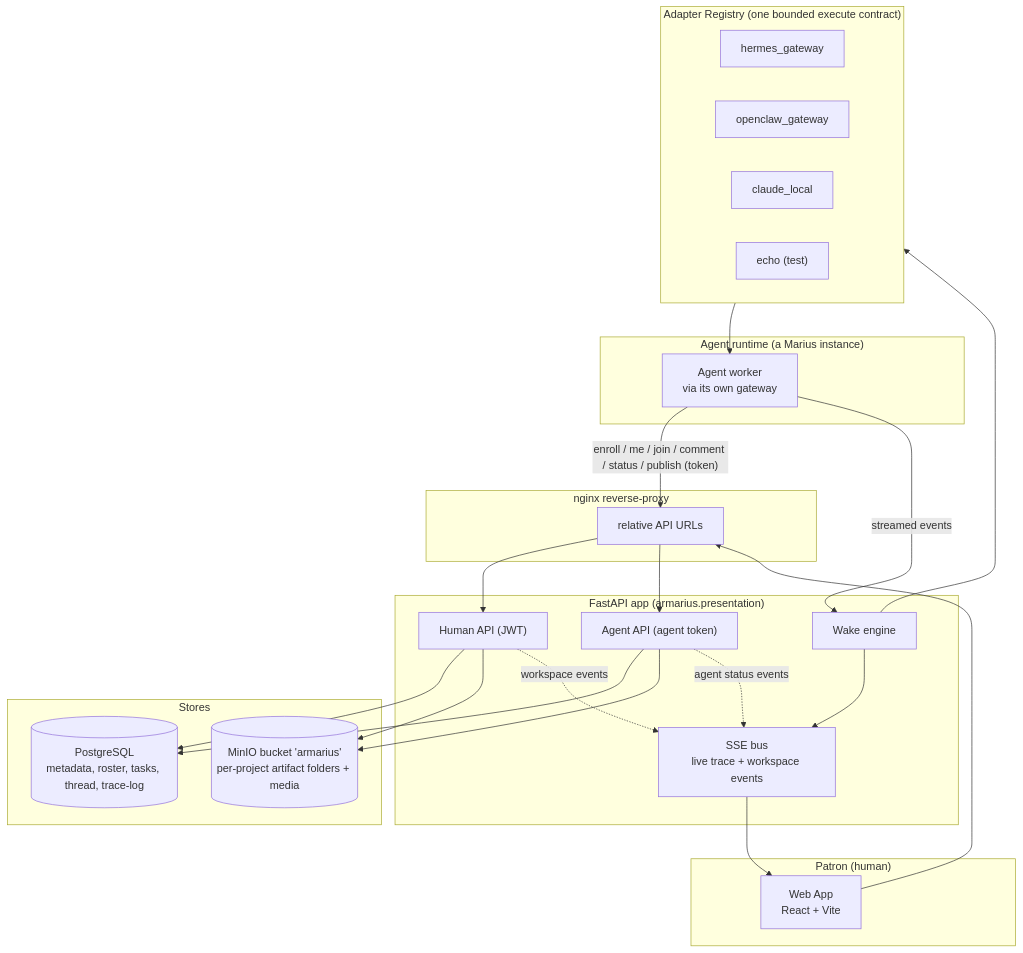
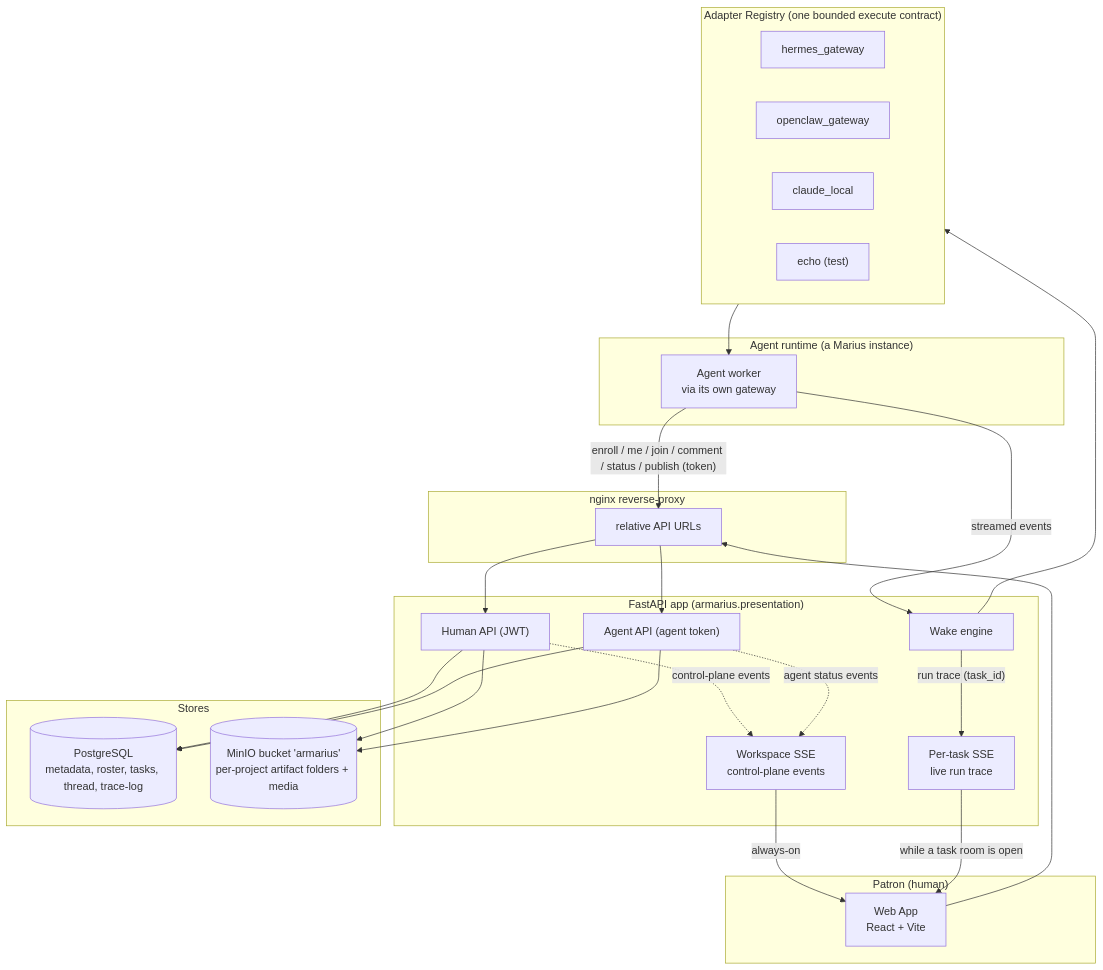
One commit to gnust-company/A.R.MARIUS changed the first of 15 diagrams in docs/ARCHITECTURE.md. Above: the diagram before and after it, drawn with Mermaid. The commit also changed other lines of this file and 3 other files, not shown here.

First line of the commit message:
docs(design): adopt Hybrid SSE (workspace control-plane + per-task trace)

````diff
--- a/docs/ARCHITECTURE.md
+++ b/docs/ARCHITECTURE.md
@@ -24,47 +24,49 @@
 ```mermaid
 flowchart TB
   subgraph Patron["Patron (human)"]
     UI["Web App<br/>React + Vite"]
   end
 
   subgraph Edge["nginx reverse-proxy"]
     NX["relative API URLs"]
   end
 
   subgraph App["FastAPI app (armarius.presentation)"]
     H["Human API (JWT)"]
     A["Agent API (agent token)"]
     WAKE["Wake engine"]
-    SSE["SSE bus<br/>live trace + workspace events"]
+    WSSE["Workspace SSE<br/>control-plane events"]
+    TSSE["Per-task SSE<br/>live run trace"]
   end
 
   subgraph Reg["Adapter Registry (one bounded execute contract)"]
     AD1["hermes_gateway"]
     AD2["openclaw_gateway"]
     AD3["claude_local"]
     AD4["echo (test)"]
   end
 
   subgraph Runtime["Agent runtime (a Marius instance)"]
     AGENT["Agent worker<br/>via its own gateway"]
   end
 
   subgraph Stores
     PG[("PostgreSQL<br/>metadata, roster, tasks, thread, trace-log")]
     MN[("MinIO bucket 'armarius'<br/>per-project artifact folders + media")]
   end
 
   UI --> NX --> H
   H --> PG
   H --> MN
   WAKE --> Reg
   Reg --> AGENT
   AGENT -- "enroll / me / join / comment / status / publish (token)" --> NX --> A
   A --> PG
   A --> MN
   AGENT -- "streamed events" --> WAKE
-  WAKE --> SSE
-  H -.->|workspace events| SSE
-  A -.->|agent status events| SSE
-  SSE --> UI
+  WAKE -- "run trace (task_id)" --> TSSE
+  H -.->|control-plane events| WSSE
+  A -.->|agent status events| WSSE
+  WSSE -- "always-on" --> UI
+  TSSE -- "while a task room is open" --> UI
 ```
````
